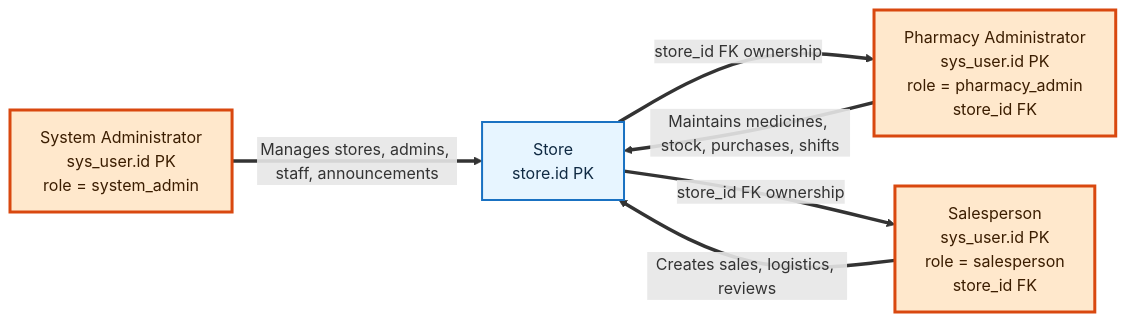
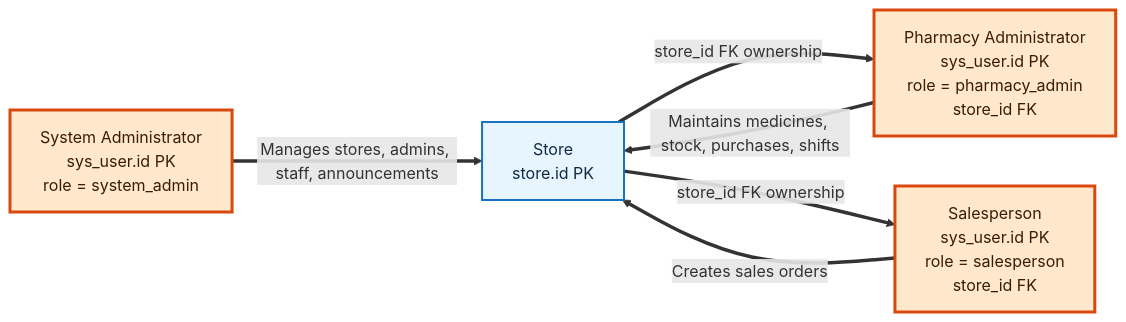
Before and after one commit to pytenter/database-medicine: the second of 9 diagrams in docs/Development_Manual.md, drawn with Mermaid. The commit also changed other lines of this file and 31 other files, not shown here.

````diff
--- a/docs/Development_Manual.md
+++ b/docs/Development_Manual.md
@@ -147,18 +144,18 @@
 ```mermaid
 flowchart LR
     SYS_ADMIN["System Administrator<br/>sys_user.id PK<br/>role = system_admin"]
     STORE_ADMIN["Pharmacy Administrator<br/>sys_user.id PK<br/>role = pharmacy_admin<br/>store_id FK"]
     STAFF["Salesperson<br/>sys_user.id PK<br/>role = salesperson<br/>store_id FK"]
     STORE["Store<br/>store.id PK"]
 
     SYS_ADMIN ==>|"Manages stores, admins, staff, announcements"| STORE
     STORE ==>|"store_id FK ownership"| STORE_ADMIN
     STORE ==>|"store_id FK ownership"| STAFF
     STORE_ADMIN ==>|"Maintains medicines, stock, purchases, shifts"| STORE
-    STAFF ==>|"Creates sales, logistics, reviews"| STORE
+    STAFF ==>|"Creates sales orders"| STORE
 
     classDef role fill:#FFE8CC,stroke:#D9480F,stroke-width:3px,color:#3B1D00
     classDef store fill:#E7F5FF,stroke:#1971C2,stroke-width:2px,color:#102A43
     class SYS_ADMIN,STORE_ADMIN,STAFF role
     class STORE store
 ```
````
